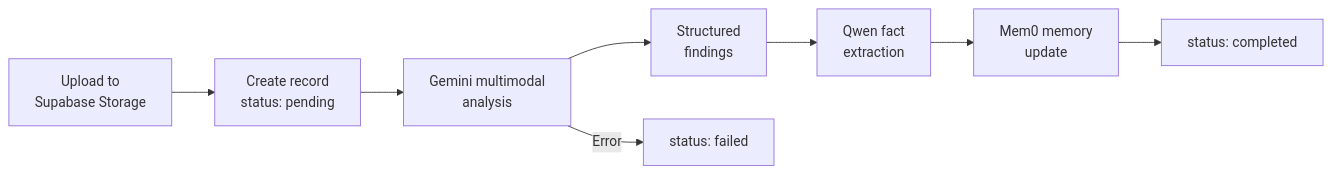
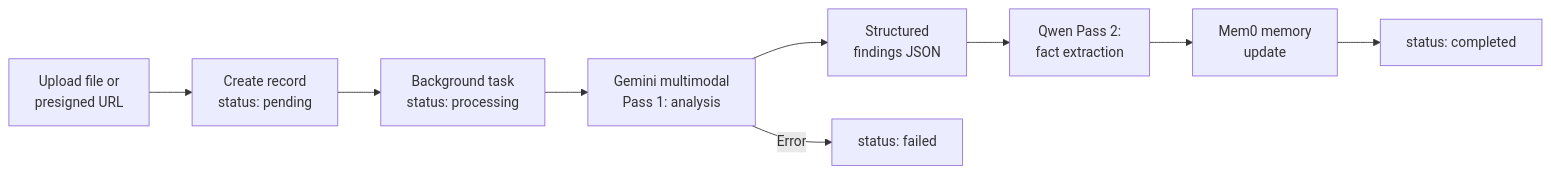
Before and after one commit to ArthurZhang2408/familyhealth-ai: the fifth of 6 diagrams in docs/ARCHITECTURE.md, drawn with Mermaid. The commit also changed other lines of this file and 28 other files, not shown here.

````diff
--- a/docs/ARCHITECTURE.md
+++ b/docs/ARCHITECTURE.md
@@ -768,10 +770,11 @@
 ```mermaid
 flowchart LR
-    A[Upload to<br/>Supabase Storage] --> B[Create record<br/>status: pending]
-    B --> C[Gemini multimodal<br/>analysis]
-    C --> D[Structured<br/>findings]
-    D --> E[Qwen fact<br/>extraction]
-    E --> F[Mem0 memory<br/>update]
-    F --> G[status: completed]
-    C -->|Error| H[status: failed]
+    A[Upload file or<br/>presigned URL] --> B[Create record<br/>status: pending]
+    B --> C[Background task<br/>status: processing]
+    C --> D[Gemini multimodal<br/>Pass 1: analysis]
+    D --> E[Structured<br/>findings JSON]
+    E --> F[Qwen Pass 2:<br/>fact extraction]
+    F --> G[Mem0 memory<br/>update]
+    G --> H[status: completed]
+    D -->|Error| I[status: failed]
 ```
````
